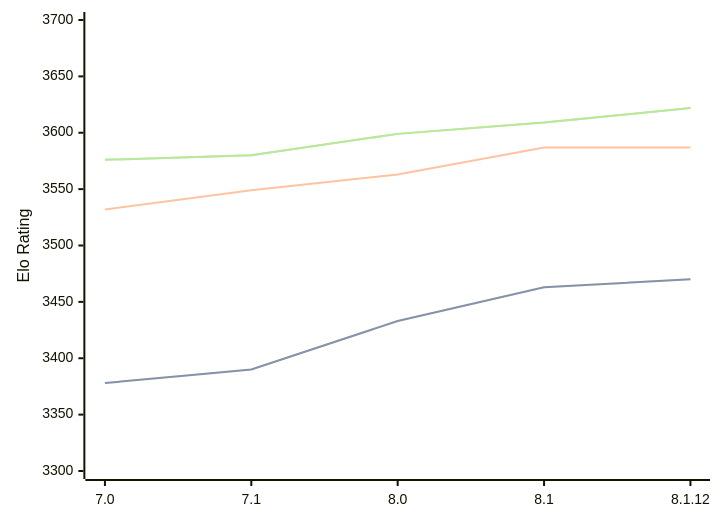
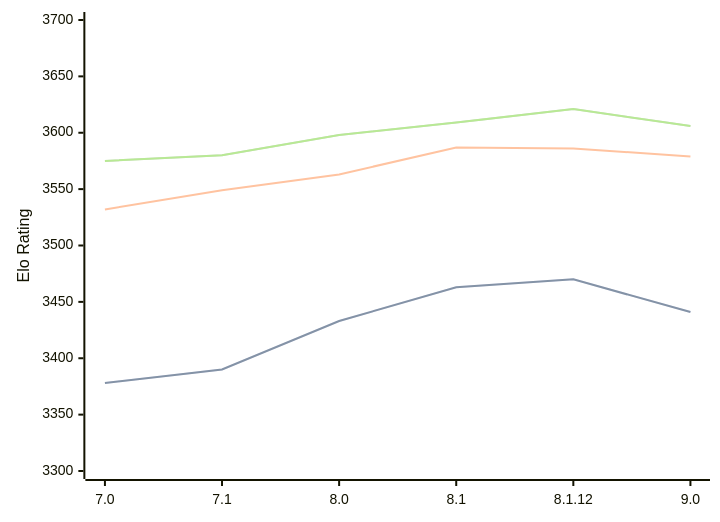
The diagram in engines/Alexandria.md (computer-chess-index/cci), drawn with Mermaid before and after one commit. The commit also changed other lines of this file, not shown here.

Commit message:
Update CCI Ratings (ELO VLTC) - 2026-03-01

````diff
--- a/engines/Alexandria.md
+++ b/engines/Alexandria.md
@@ -53,11 +53,11 @@
 ```mermaid
 %%{init: {"theme":"base","themeVariables":{"seriesColors:['#a3a3a3','#222221','#faa371']}}}%%
 xychart-beta
-  x-axis ["7.0", "7.1", "8.0", "8.1", "8.1.12"]
+  x-axis ["7.0", "7.1", "8.0", "8.1", "8.1.12", "9.0"]
   y-axis "Elo Rating" 3300 --> 3700
-  line "STC (8.0+0.08s)" [3378, 3390, 3433, 3463, 3470]
-  line "STC (8.0+0.08s)" [3378, 3390, 3433, 3463, 3470]
-  line "LTC (60.0+0.60s)" [3532, 3549, 3563, 3587, 3587]
-  line "VLTC (2m24s+1.12s)" [3576, 3580, 3599, 3609, 3622]
-  line "VLTC (2m24s+1.12s)" [3576, 3580, 3599, 3609, 3622]
+  line "STC (8.0+0.08s)" [3378, 3390, 3433, 3463, 3470, 3441]
+  line "STC (8.0+0.08s)" [3378, 3390, 3433, 3463, 3470, 3441]
+  line "LTC (60.0+0.60s)" [3532, 3549, 3563, 3587, 3586, 3579]
+  line "VLTC (2m24s+1.12s)" [3575, 3580, 3598, 3609, 3621, 3606]
+  line "VLTC (2m24s+1.12s)" [3575, 3580, 3598, 3609, 3621, 3606]
 ```
````
